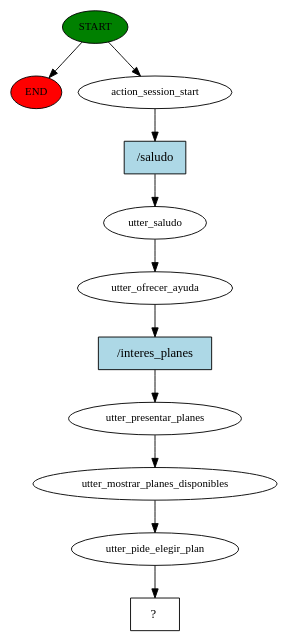
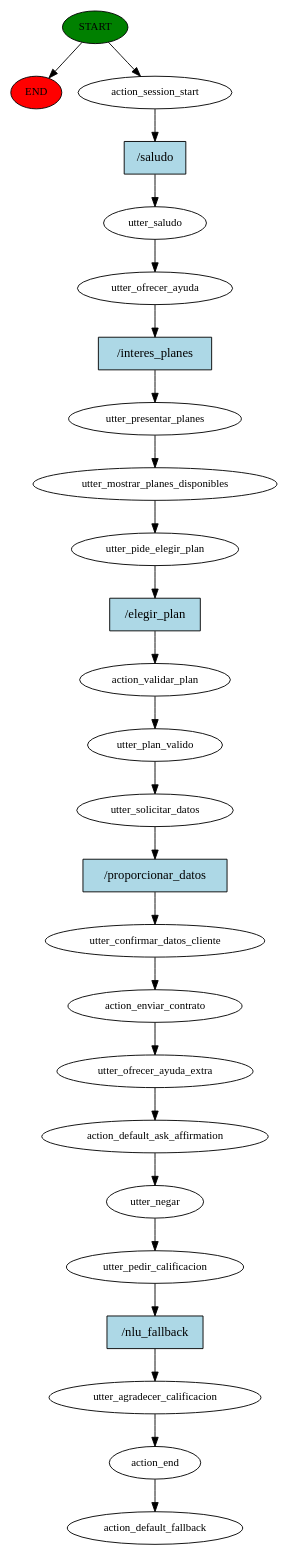
One commit to UES-EISI-ICC115-2025/caso-servicio-cliente changed the diagram in story_graph.dot. Above: the diagram before and after it, drawn with Graphviz. The commit also changed 5 other files, not shown here.

```diff
--- a/story_graph.dot
+++ b/story_graph.dot
@@ -1,23 +1,51 @@
 digraph  {
 0 [class="start active", fillcolor=green, fontsize=12, label=START, style=filled];
 "-1" [class=end, fillcolor=red, fontsize=12, label=END, style=filled];
 1 [class=active, fontsize=12, label=action_session_start];
 2 [class=active, fontsize=12, label=utter_saludo];
 3 [class=active, fontsize=12, label=utter_ofrecer_ayuda];
 4 [class=active, fontsize=12, label=utter_presentar_planes];
 5 [class=active, fontsize=12, label=utter_mostrar_planes_disponibles];
 6 [class=active, fontsize=12, label=utter_pide_elegir_plan];
-7 [class="intent dashed active", label="  ?  ", shape=rect];
-8 [class="intent active", fillcolor=lightblue, label="/saludo", shape=rect, style=filled];
-9 [class="intent active", fillcolor=lightblue, label="/interes_planes", shape=rect, style=filled];
+7 [class=active, fontsize=12, label=action_validar_plan];
+8 [class=active, fontsize=12, label=utter_plan_valido];
+9 [class=active, fontsize=12, label=utter_solicitar_datos];
+10 [class=active, fontsize=12, label=utter_confirmar_datos_cliente];
+11 [class=active, fontsize=12, label=action_enviar_contrato];
+12 [class=active, fontsize=12, label=utter_ofrecer_ayuda_extra];
+13 [class=active, fontsize=12, label=action_default_ask_affirmation];
+14 [class=active, fontsize=12, label=utter_negar];
+15 [class=active, fontsize=12, label=utter_pedir_calificacion];
+16 [class=active, fontsize=12, label=utter_agradecer_calificacion];
+17 [class=active, fontsize=12, label=action_end];
+18 [class="dashed active", fontsize=12, label=action_default_fallback];
+19 [class="intent active", fillcolor=lightblue, label="/saludo", shape=rect, style=filled];
+20 [class="intent active", fillcolor=lightblue, label="/interes_planes", shape=rect, style=filled];
+21 [class="intent active", fillcolor=lightblue, label="/elegir_plan", shape=rect, style=filled];
+22 [class="intent active", fillcolor=lightblue, label="/proporcionar_datos", shape=rect, style=filled];
+23 [class="intent active", fillcolor=lightblue, label="/nlu_fallback", shape=rect, style=filled];
 0 -> "-1"  [class="", key=NONE, label=""];
 0 -> 1  [class=active, key=NONE, label=""];
-1 -> 8  [class=active, key=0];
+1 -> 19  [class=active, key=0];
 2 -> 3  [class=active, key=NONE, label=""];
-3 -> 9  [class=active, key=0];
+3 -> 20  [class=active, key=0];
 4 -> 5  [class=active, key=NONE, label=""];
 5 -> 6  [class=active, key=NONE, label=""];
-6 -> 7  [class=active, key=NONE, label=""];
-8 -> 2  [class=active, key=0];
-9 -> 4  [class=active, key=0];
+6 -> 21  [class=active, key=0];
+7 -> 8  [class=active, key=NONE, label=""];
+8 -> 9  [class=active, key=NONE, label=""];
+9 -> 22  [class=active, key=0];
+10 -> 11  [class=active, key=NONE, label=""];
+11 -> 12  [class=active, key=NONE, label=""];
+12 -> 13  [class=active, key=NONE, label=""];
+13 -> 14  [class=active, key=NONE, label=""];
+14 -> 15  [class=active, key=NONE, label=""];
+15 -> 23  [class=active, key=0];
+16 -> 17  [class=active, key=NONE, label=""];
+17 -> 18  [class=active, key=NONE, label=""];
+19 -> 2  [class=active, key=0];
+20 -> 4  [class=active, key=0];
+21 -> 7  [class=active, key=0];
+22 -> 10  [class=active, key=0];
+23 -> 16  [class=active, key=0];
 }
```
